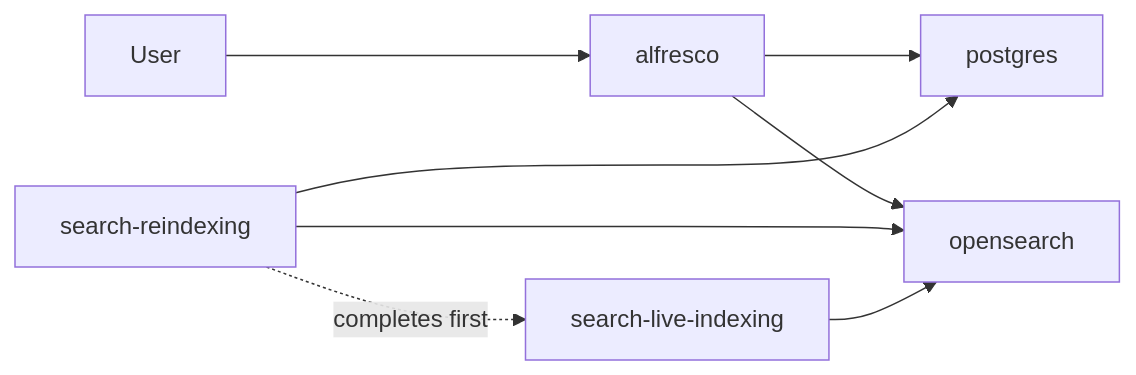
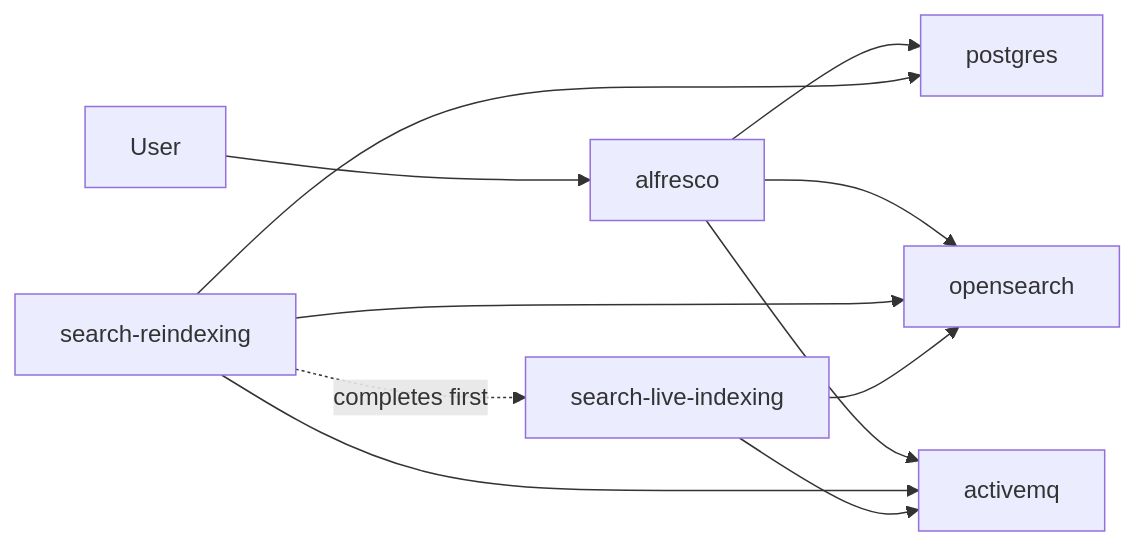
Before and after one commit to aborroy/alfresco-onprem-to-cloud-lab: the third of 12 diagrams in README.md, drawn with Mermaid. The commit also changed other lines of this file, not shown here.

````diff
--- a/README.md
+++ b/README.md
@@ -143,10 +147,13 @@
 ```mermaid
 flowchart LR
   user["User"] --> repo["alfresco"]
   repo --> db["postgres"]
   repo --> os["opensearch"]
+  repo --> mq["activemq"]
   reidx["search-reindexing"] --> db
   reidx --> os
+  reidx --> mq
   live["search-live-indexing"] --> os
+  live --> mq
   reidx -. "completes first" .-> live
 ```
````
